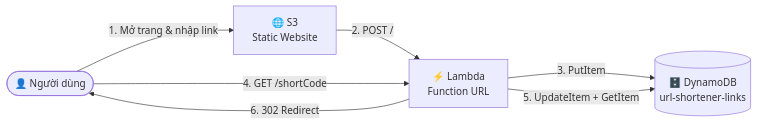
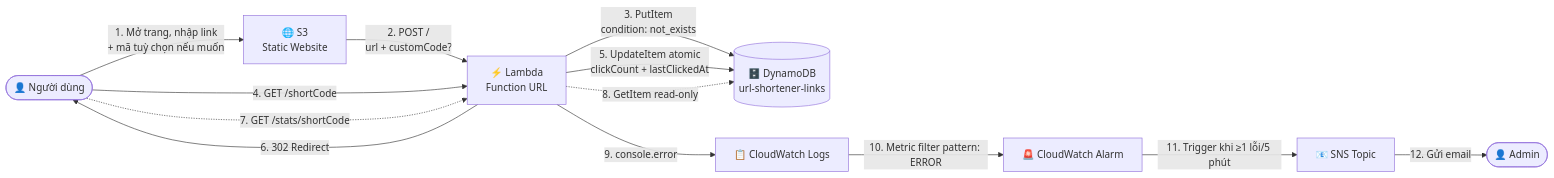
Before and after one commit to HuynhTanTon/URLShortener: the diagram in README.md, drawn with Mermaid. The commit also changed other lines of this file, not shown here.

First line of the commit message:
Update architecture diagram to reflect implemented features

````diff
--- a/README.md
+++ b/README.md
@@ -55,9 +57,15 @@
 ```mermaid
 flowchart LR
-    U([👤 Người dùng]) -->|1. Mở trang & nhập link| S3[🌐 S3<br/>Static Website]
-    S3 -->|2. POST /| L[⚡ Lambda<br/>Function URL]
-    L -->|3. PutItem| D[(🗄️ DynamoDB<br/>url-shortener-links)]
+    U([👤 Người dùng]) -->|1. Mở trang, nhập link<br/>+ mã tuỳ chọn nếu muốn| S3[🌐 S3<br/>Static Website]
+    S3 -->|2. POST /<br/>url + customCode?| L[⚡ Lambda<br/>Function URL]
+    L -->|3. PutItem<br/>condition: not_exists| D[(🗄️ DynamoDB<br/>url-shortener-links)]
     U -->|4. GET /shortCode| L
-    L -->|5. UpdateItem + GetItem| D
+    L -->|5. UpdateItem atomic<br/>clickCount + lastClickedAt| D
     L -->|6. 302 Redirect| U
+    U -.->|7. GET /stats/shortCode| L
+    L -.->|8. GetItem read-only| D
+    L -->|9. console.error| CW[📋 CloudWatch Logs]
+    CW -->|10. Metric filter pattern: ERROR| AL[🚨 CloudWatch Alarm]
+    AL -->|11. Trigger khi ≥1 lỗi/5 phút| SNS[📧 SNS Topic]
+    SNS -->|12. Gửi email| ADM([👤 Admin])
 ```
````
